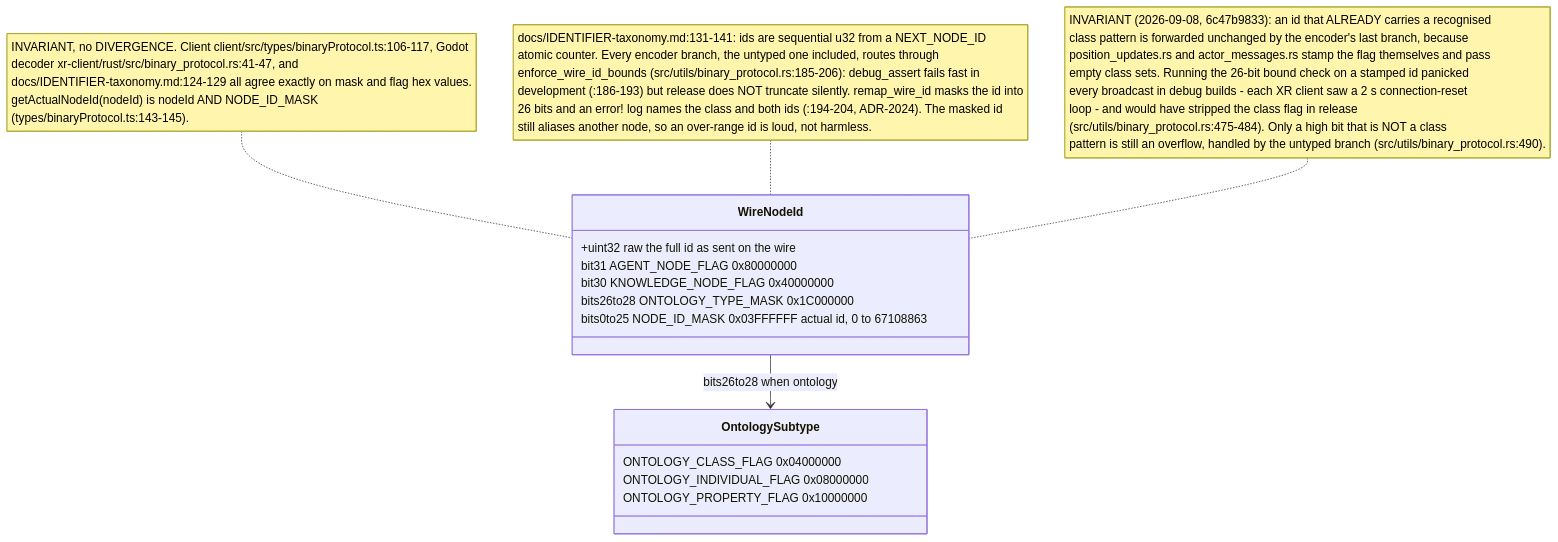
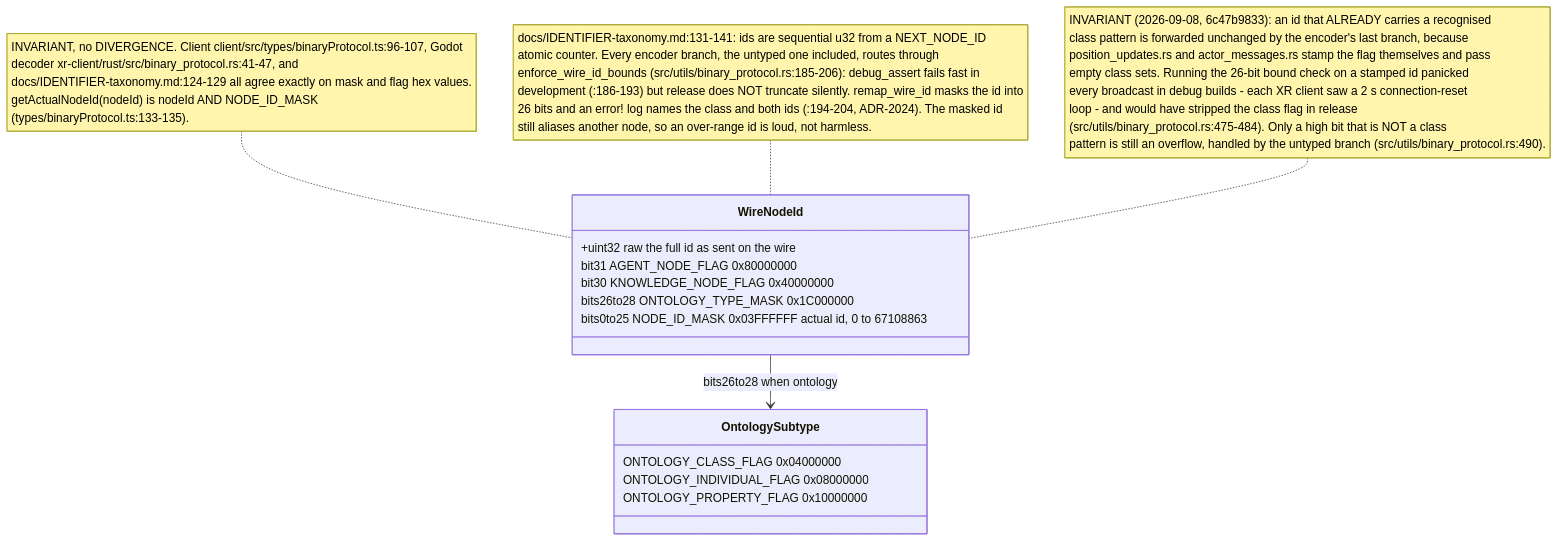
One commit to DreamLab-AI/VisionFlow changed the sixth of 14 diagrams in docs/diagrams/visionclaw/32-client-websocket-and-binary.md. Above: the diagram before and after it, drawn with Mermaid. The commit also changed other lines of this file and 160 other files, not shown here.

````diff
--- a/docs/diagrams/visionclaw/32-client-websocket-and-binary.md
+++ b/docs/diagrams/visionclaw/32-client-websocket-and-binary.md
@@ -294,19 +292,19 @@
 ```mermaid
 classDiagram
     class WireNodeId {
       +uint32 raw  the full id as sent on the wire
       bit31 AGENT_NODE_FLAG 0x80000000
       bit30 KNOWLEDGE_NODE_FLAG 0x40000000
       bits26to28 ONTOLOGY_TYPE_MASK 0x1C000000
       bits0to25 NODE_ID_MASK 0x03FFFFFF  actual id, 0 to 67108863
     }
     class OntologySubtype {
       ONTOLOGY_CLASS_FLAG 0x04000000
       ONTOLOGY_INDIVIDUAL_FLAG 0x08000000
       ONTOLOGY_PROPERTY_FLAG 0x10000000
     }
     WireNodeId --> OntologySubtype : bits26to28 when ontology
-    note for WireNodeId "INVARIANT, no DIVERGENCE. Client client/src/types/binaryProtocol.ts:106-117, Godot<br/>decoder xr-client/rust/src/binary_protocol.rs:41-47, and<br/>docs/IDENTIFIER-taxonomy.md:124-129 all agree exactly on mask and flag hex values.<br/>getActualNodeId(nodeId) is nodeId AND NODE_ID_MASK<br/>(types/binaryProtocol.ts:143-145)."
+    note for WireNodeId "INVARIANT, no DIVERGENCE. Client client/src/types/binaryProtocol.ts:96-107, Godot<br/>decoder xr-client/rust/src/binary_protocol.rs:41-47, and<br/>docs/IDENTIFIER-taxonomy.md:124-129 all agree exactly on mask and flag hex values.<br/>getActualNodeId(nodeId) is nodeId AND NODE_ID_MASK<br/>(types/binaryProtocol.ts:133-135)."
     note for WireNodeId "docs/IDENTIFIER-taxonomy.md:131-141: ids are sequential u32 from a NEXT_NODE_ID<br/>atomic counter. Every encoder branch, the untyped one included, routes through<br/>enforce_wire_id_bounds (src/utils/binary_protocol.rs:185-206): debug_assert fails fast in<br/>development (:186-193) but release does NOT truncate silently. remap_wire_id masks the id into<br/>26 bits and an error! log names the class and both ids (:194-204, ADR-2024). The masked id<br/>still aliases another node, so an over-range id is loud, not harmless."
     note for WireNodeId "INVARIANT (2026-09-08, 6c47b9833): an id that ALREADY carries a recognised<br/>class pattern is forwarded unchanged by the encoder's last branch, because<br/>position_updates.rs and actor_messages.rs stamp the flag themselves and pass<br/>empty class sets. Running the 26-bit bound check on a stamped id panicked<br/>every broadcast in debug builds - each XR client saw a 2 s connection-reset<br/>loop - and would have stripped the class flag in release<br/>(src/utils/binary_protocol.rs:475-484). Only a high bit that is NOT a class<br/>pattern is still an overflow, handled by the untyped branch (src/utils/binary_protocol.rs:490)."
 ```
````
